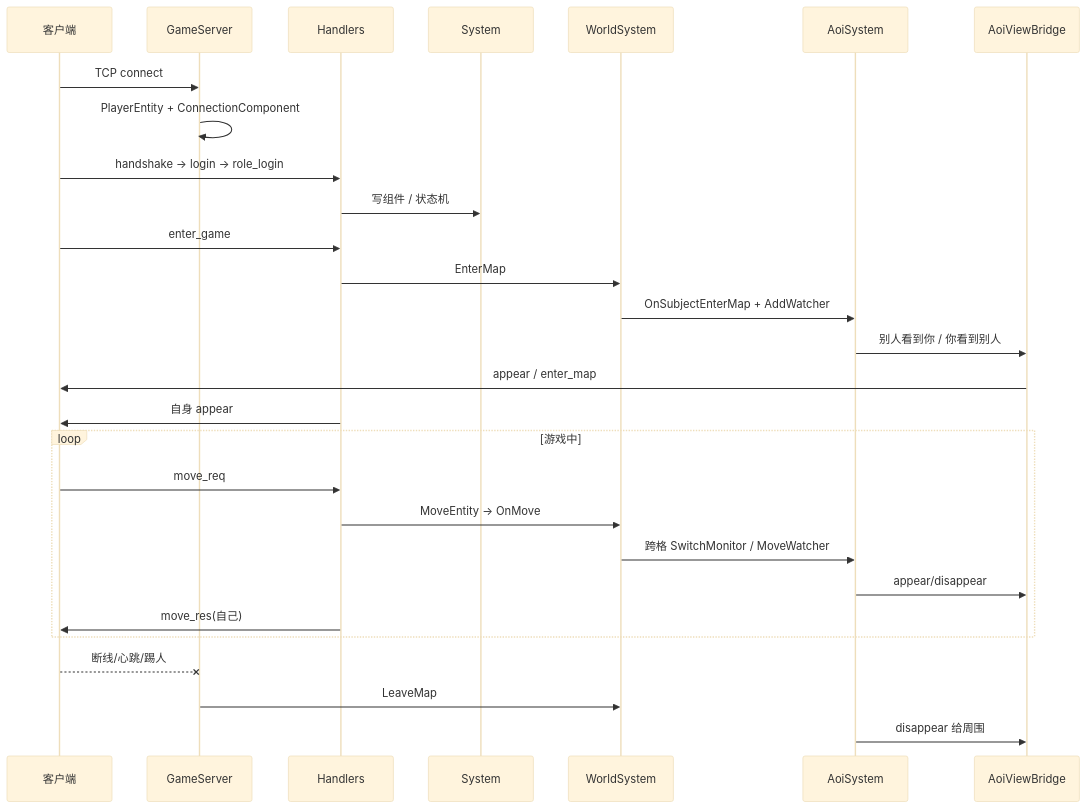
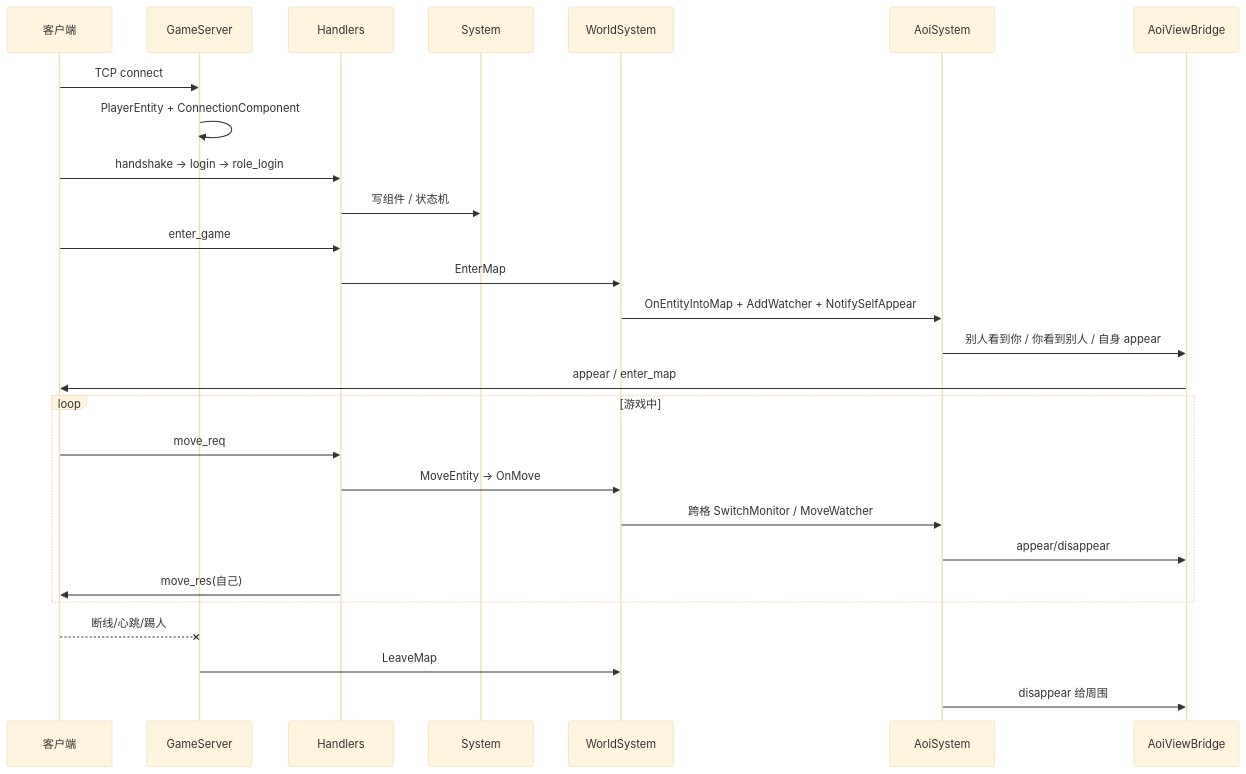
Before and after one commit to gexiannan2/test_game: the diagram in doc/server/flows-lifecycle.md, drawn with Mermaid (base theme). The commit also changed 28 other files, not shown here.

````diff
--- a/doc/server/flows-lifecycle.md
+++ b/doc/server/flows-lifecycle.md
@@ -5,31 +5,30 @@
 ```mermaid
 sequenceDiagram
     participant C as 客户端
     participant GS as GameServer
     participant H as Handlers
     participant SYS as System
     participant WS as WorldSystem
     participant AOI as AoiSystem
     participant BR as AoiViewBridge
 
     C->>GS: TCP connect
     GS->>GS: PlayerEntity + ConnectionComponent
     C->>H: handshake → login → role_login
     H->>SYS: 写组件 / 状态机
     C->>H: enter_game
     H->>WS: EnterMap
-    WS->>AOI: OnSubjectEnterMap + AddWatcher
-    AOI->>BR: 别人看到你 / 你看到别人
+    WS->>AOI: OnEntityIntoMap + AddWatcher + NotifySelfAppear
+    AOI->>BR: 别人看到你 / 你看到别人 / 自身 appear
     BR->>C: appear / enter_map
-    H->>C: 自身 appear
     loop 游戏中
         C->>H: move_req
         H->>WS: MoveEntity → OnMove
         WS->>AOI: 跨格 SwitchMonitor / MoveWatcher
         AOI->>BR: appear/disappear
         H->>C: move_res(自己)
     end
     C--xGS: 断线/心跳/踢人
     GS->>WS: LeaveMap
     AOI->>BR: disappear 给周围
 ```
````
